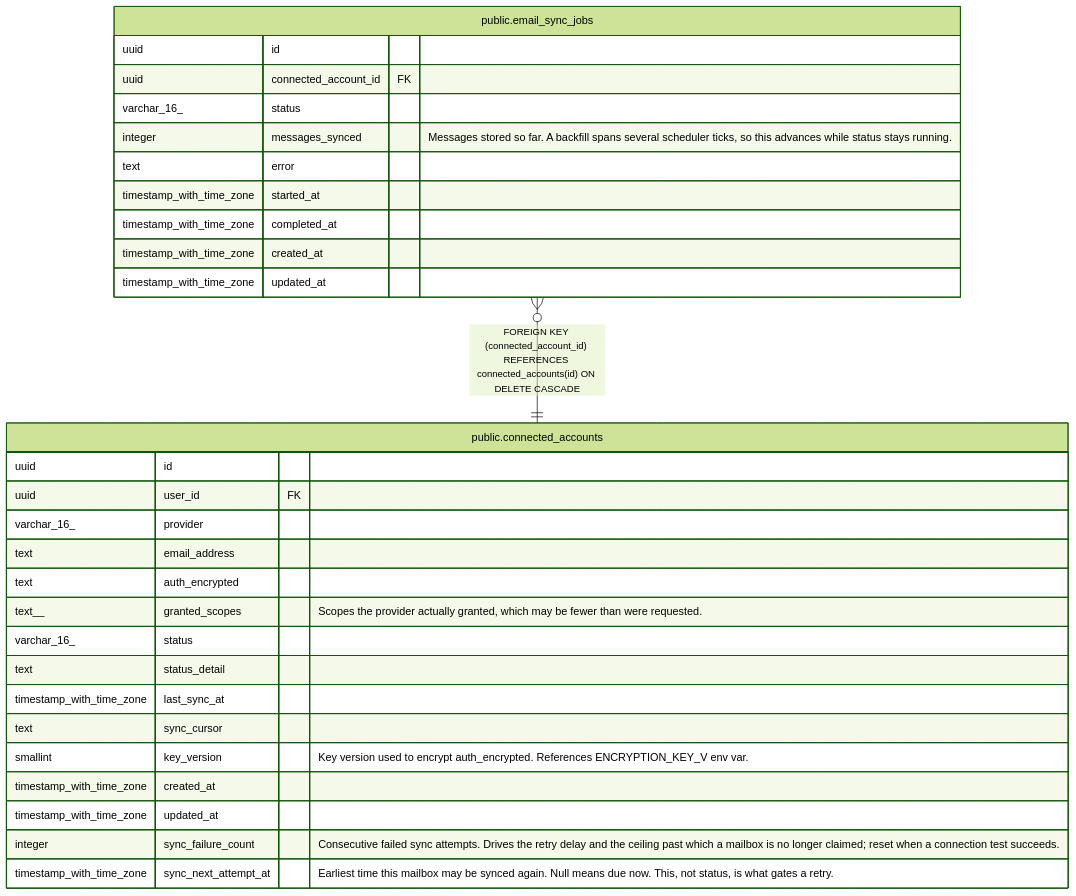
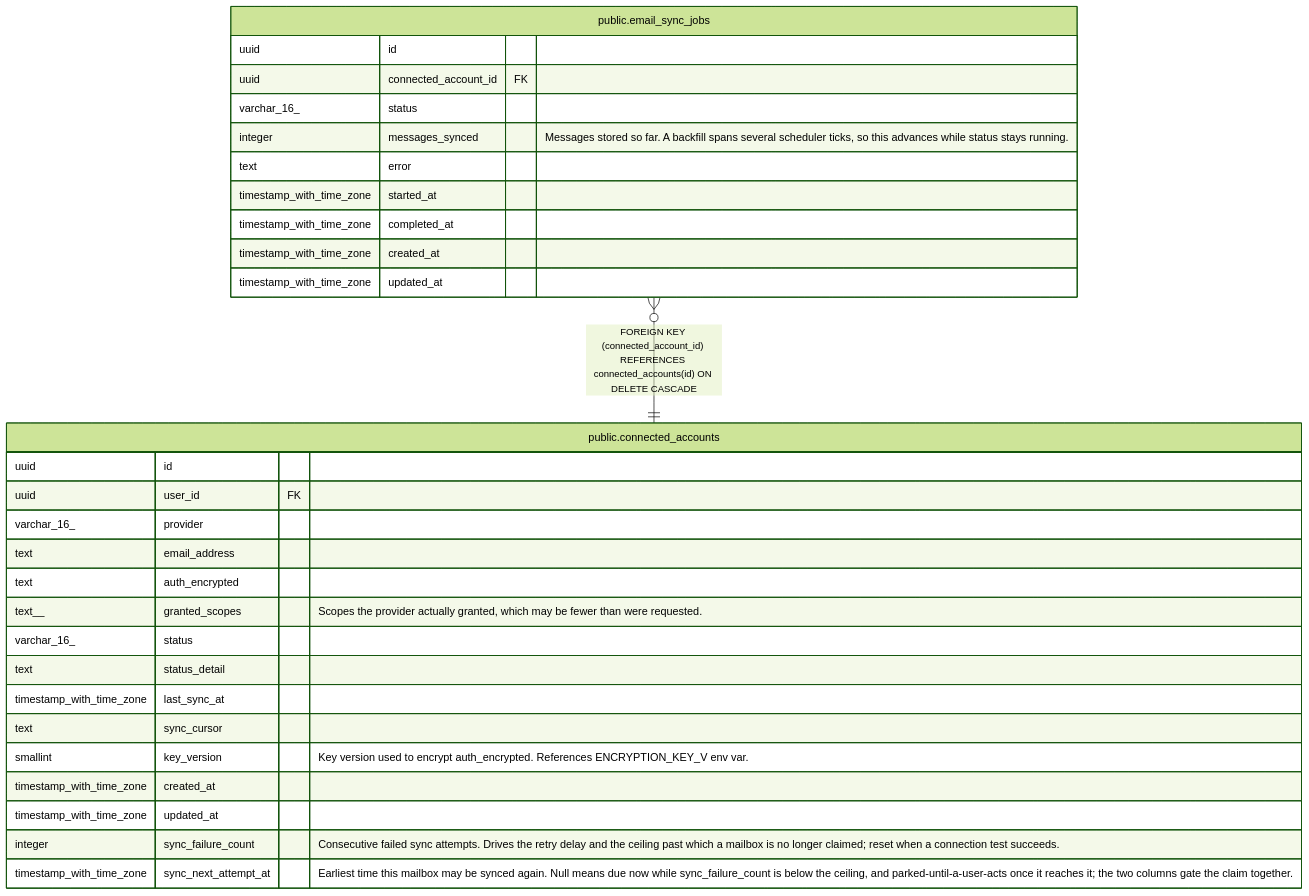
Before and after one commit to rkseattle/minicrm: the diagram in docs/schema/public.email_sync_jobs.md, drawn with Mermaid (forest theme). The commit also changed 8 other files, not shown here.

````diff
--- a/docs/schema/public.email_sync_jobs.md
+++ b/docs/schema/public.email_sync_jobs.md
@@ -45,34 +45,34 @@
 ```mermaid
 erDiagram
 
 "public.email_sync_jobs" }o--|| "public.connected_accounts" : "FOREIGN KEY (connected_account_id) REFERENCES connected_accounts(id) ON DELETE CASCADE"
 
 "public.email_sync_jobs" {
   uuid id ""
   uuid connected_account_id FK ""
   varchar_16_ status ""
   integer messages_synced "Messages stored so far. A backfill spans several scheduler ticks, so this advances while status stays running."
   text error ""
   timestamp_with_time_zone started_at ""
   timestamp_with_time_zone completed_at ""
   timestamp_with_time_zone created_at ""
   timestamp_with_time_zone updated_at ""
 }
 "public.connected_accounts" {
   uuid id ""
   uuid user_id FK ""
   varchar_16_ provider ""
   text email_address ""
   text auth_encrypted ""
   text__ granted_scopes "Scopes the provider actually granted, which may be fewer than were requested."
   varchar_16_ status ""
   text status_detail ""
   timestamp_with_time_zone last_sync_at ""
   text sync_cursor ""
   smallint key_version "Key version used to encrypt auth_encrypted. References ENCRYPTION_KEY_V<n> env var."
   timestamp_with_time_zone created_at ""
   timestamp_with_time_zone updated_at ""
   integer sync_failure_count "Consecutive failed sync attempts. Drives the retry delay and the ceiling past which a mailbox is no longer claimed; reset when a connection test succeeds."
-  timestamp_with_time_zone sync_next_attempt_at "Earliest time this mailbox may be synced again. Null means due now. This, not status, is what gates a retry."
+  timestamp_with_time_zone sync_next_attempt_at "Earliest time this mailbox may be synced again. Null means due now while sync_failure_count is below the ceiling, and parked-until-a-user-acts once it reaches it; the two columns gate the claim together."
 }
 ```
````
